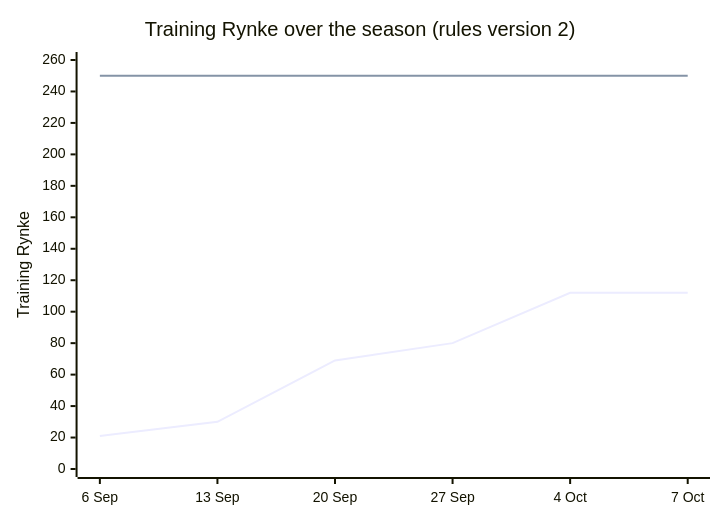
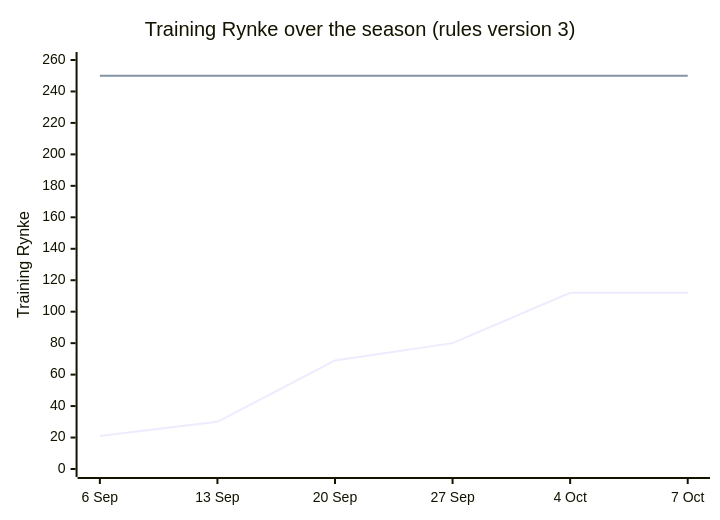
The eighth of 9 diagrams in specs/009-rider-progress-charts/spec.md (SaSteffen/RynkePoints), drawn with Mermaid before and after one commit. The commit also changed other lines of this file, not shown here.

Commit message:
docs(009): bring the progress charts spec up to date with features 011-020

````diff
--- a/specs/009-rider-progress-charts/spec.md
+++ b/specs/009-rider-progress-charts/spec.md
@@ -730,8 +802,8 @@
 ```mermaid
 xychart-beta
-    title "Training Rynke over the season (rules version 2)"
+    title "Training Rynke over the season (rules version 3)"
     x-axis ["6 Sep", "13 Sep", "20 Sep", "27 Sep", "4 Oct", "7 Oct"]
     y-axis "Training Rynke" 0 --> 260
     line [21, 30, 69, 80, 112, 112]
     line [250, 250, 250, 250, 250, 250]
 ```
````
